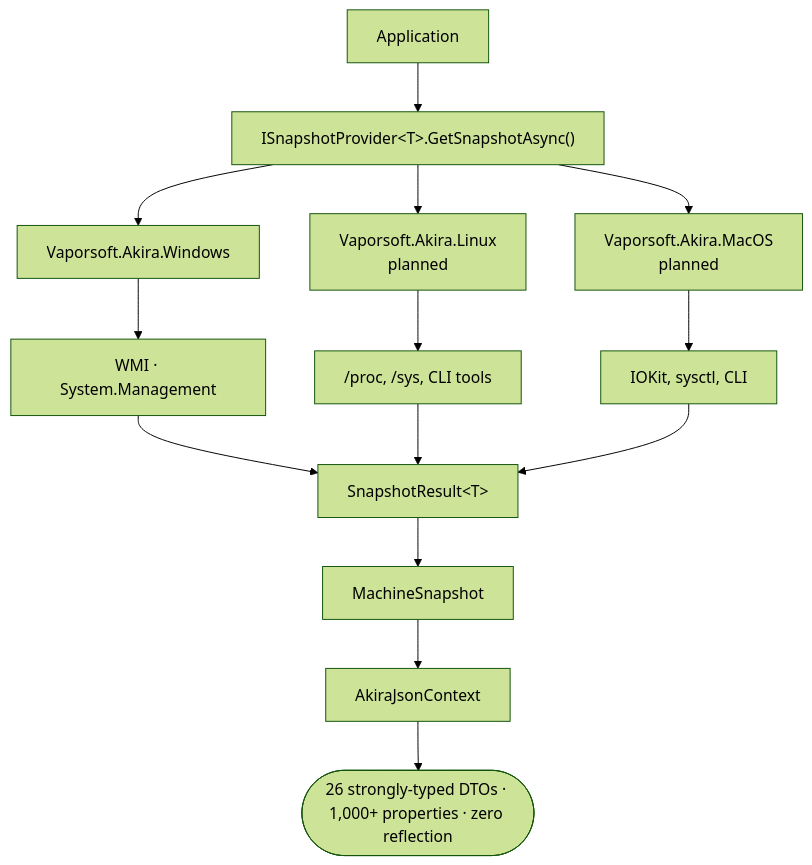
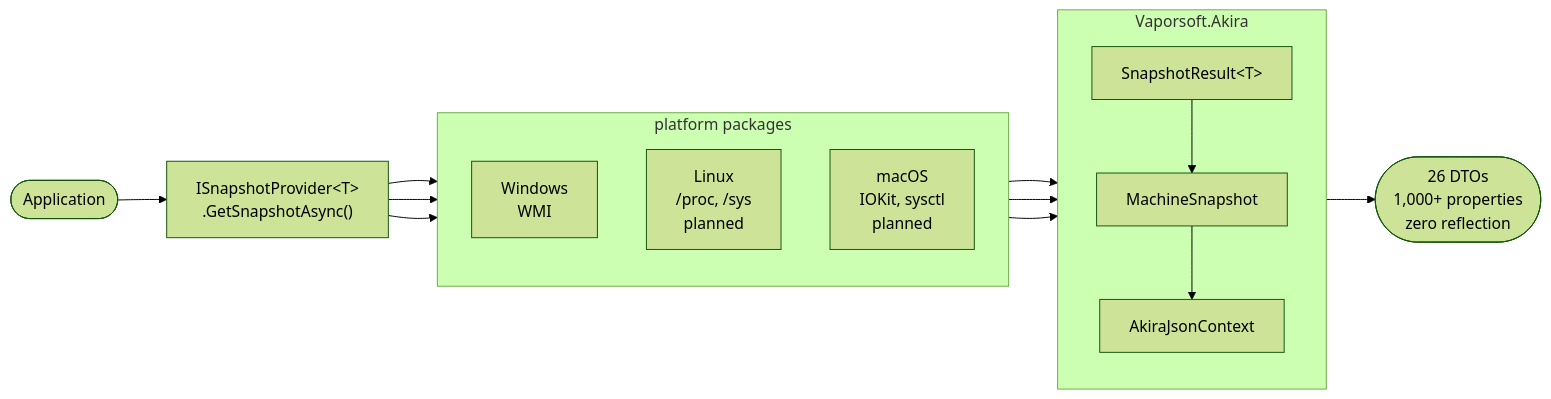
The diagram in docs/diagrams/data-flow.mmd (corderro-artz/akira), drawn with Mermaid (forest theme) before and after one commit.

```diff
--- a/docs/diagrams/data-flow.mmd
+++ b/docs/diagrams/data-flow.mmd
@@ -1,19 +1,26 @@
-flowchart TD
-    APP["Application"]
-    API["ISnapshotProvider&lt;T&gt;.GetSnapshotAsync()"]
-    WIN["Vaporsoft.Akira.Windows"]
-    LIN["Vaporsoft.Akira.Linux<br/>planned"]
-    MAC["Vaporsoft.Akira.MacOS<br/>planned"]
-    WMI["WMI · System.Management"]
-    PROC["/proc, /sys, CLI tools"]
-    IOK["IOKit, sysctl, CLI"]
-    RES["SnapshotResult&lt;T&gt;"]
-    SNAP["MachineSnapshot"]
-    CTX["AkiraJsonContext"]
-    OUT(["26 strongly-typed DTOs · 1,000+ properties · zero reflection"])
+flowchart LR
+    APP(["Application"])
+    API["ISnapshotProvider&lt;T&gt;<br/>.GetSnapshotAsync()"]
+
+    subgraph PLATFORM ["platform packages"]
+        direction TB
+        WIN["Windows<br/>WMI"]
+        LIN["Linux<br/>/proc, /sys<br/>planned"]
+        MAC["macOS<br/>IOKit, sysctl<br/>planned"]
+    end
+
+    subgraph CORE ["Vaporsoft.Akira"]
+        direction TB
+        RES["SnapshotResult&lt;T&gt;"]
+        SNAP["MachineSnapshot"]
+        CTX["AkiraJsonContext"]
+        RES --> SNAP --> CTX
+    end
+
+    OUT(["26 DTOs<br/>1,000+ properties<br/>zero reflection"])
 
     APP --> API
-    API --> WIN --> WMI --> RES
-    API --> LIN --> PROC --> RES
-    API --> MAC --> IOK --> RES
-    RES --> SNAP --> CTX --> OUT
+    API --> WIN --> RES
+    API --> LIN --> RES
+    API --> MAC --> RES
+    CTX --> OUT
```
